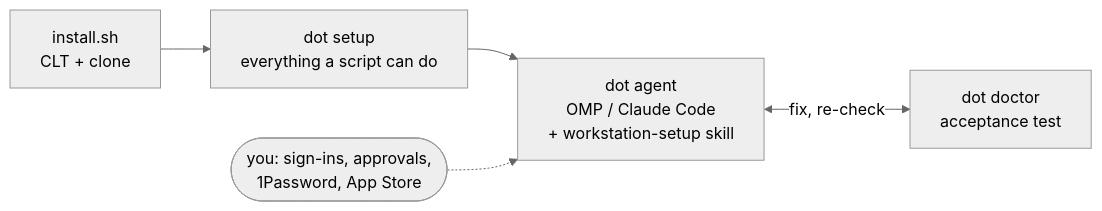
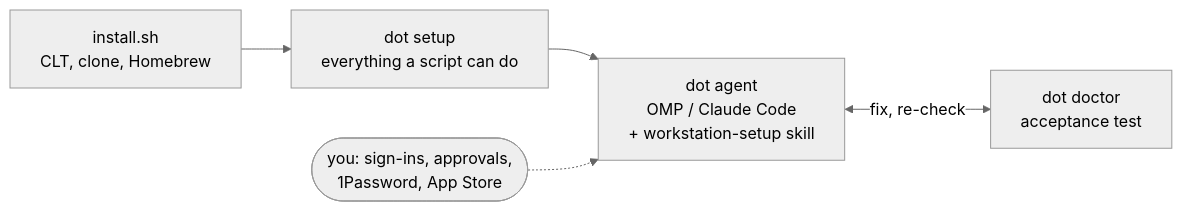
Before and after one commit to rozsival/dotfiles: the diagram in README.md, drawn with Mermaid (neutral theme). The commit also changed other lines of this file and 31 other files, not shown here.

````diff
--- a/README.md
+++ b/README.md
@@ -66,7 +67,7 @@
 ```mermaid
 flowchart LR
-  I["install.sh<br/>CLT + clone"] --> S["dot setup<br/>everything a script can do"]
+  I["install.sh<br/>CLT, clone, Homebrew"] --> S["dot setup<br/>everything a script can do"]
   S --> A["dot agent<br/>OMP / Claude Code<br/>+ workstation-setup skill"]
   A <-->|" fix, re-check "| D["dot doctor<br/>acceptance test"]
   Y(["you: sign-ins, approvals,<br/>1Password, App Store"]) -.-> A
 ```
````
